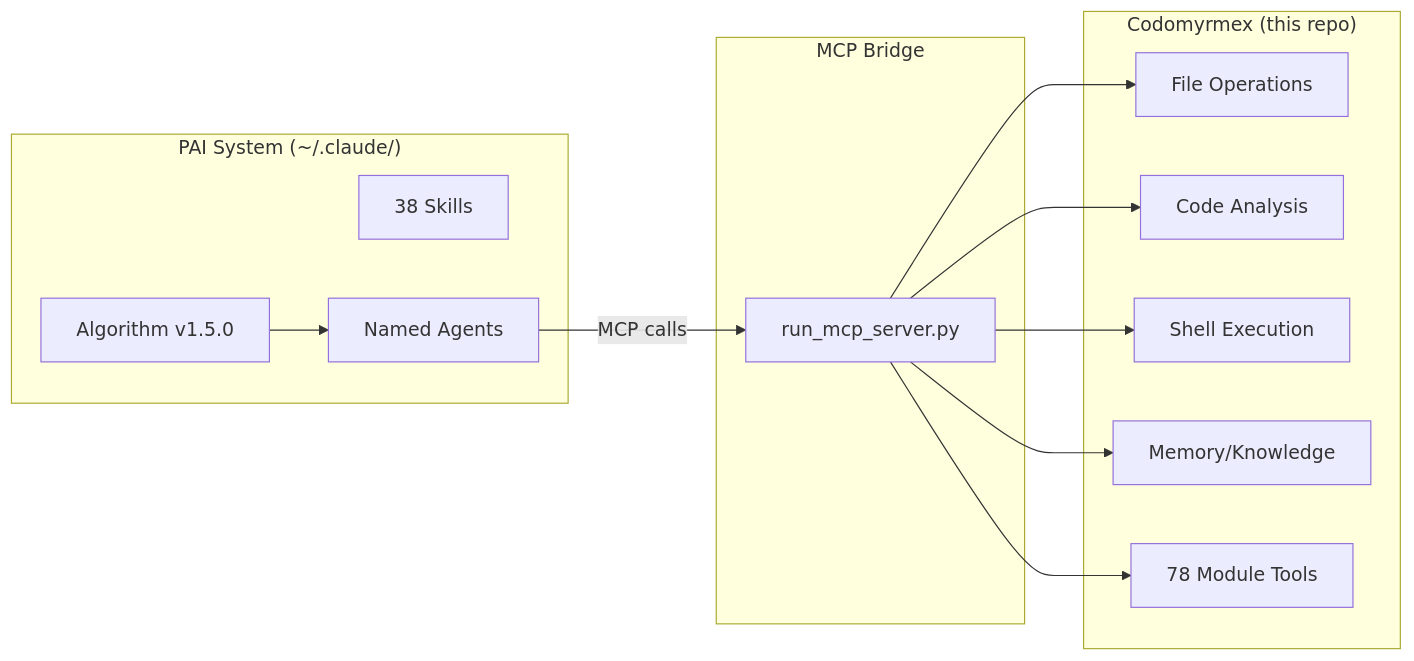
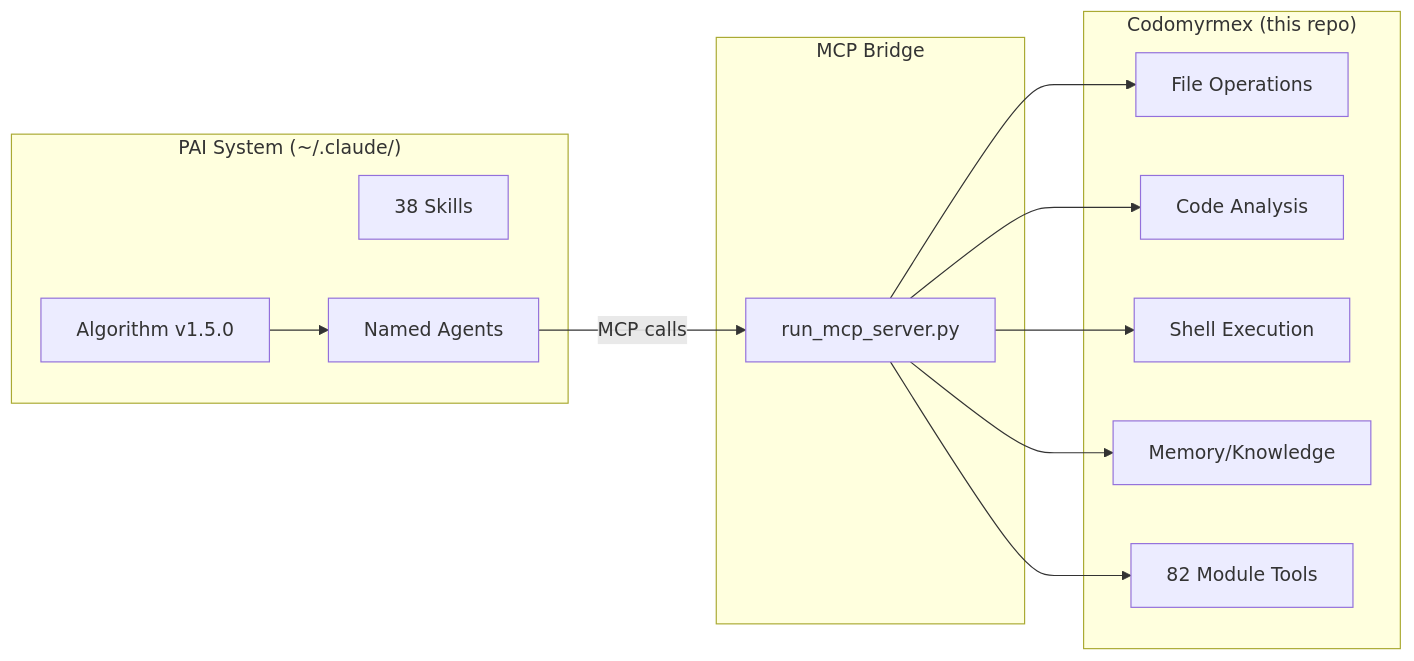
Before and after one commit to docxology/codomyrmex: the diagram in PAI.md, drawn with Mermaid. The commit also changed other lines of this file and 115 other files, not shown here.

````diff
--- a/PAI.md
+++ b/PAI.md
@@ -35,28 +35,28 @@
 ```mermaid
 graph LR
     subgraph PAI ["PAI System (~/.claude/)"]
         Algo["Algorithm v1.5.0"]
         Skills["38 Skills"]
         Agents["Named Agents"]
     end
 
     subgraph Bridge ["MCP Bridge"]
         Server["run_mcp_server.py"]
     end
 
     subgraph Codomyrmex ["Codomyrmex (this repo)"]
         FileOps["File Operations"]
         CodeAnalysis["Code Analysis"]
         Shell["Shell Execution"]
         Memory["Memory/Knowledge"]
-        Modules["78 Module Tools"]
+        Modules["82 Module Tools"]
     end
 
     Algo --> Agents
     Agents -->|"MCP calls"| Server
     Server --> FileOps
     Server --> CodeAnalysis
     Server --> Shell
     Server --> Memory
     Server --> Modules
 ```
````
